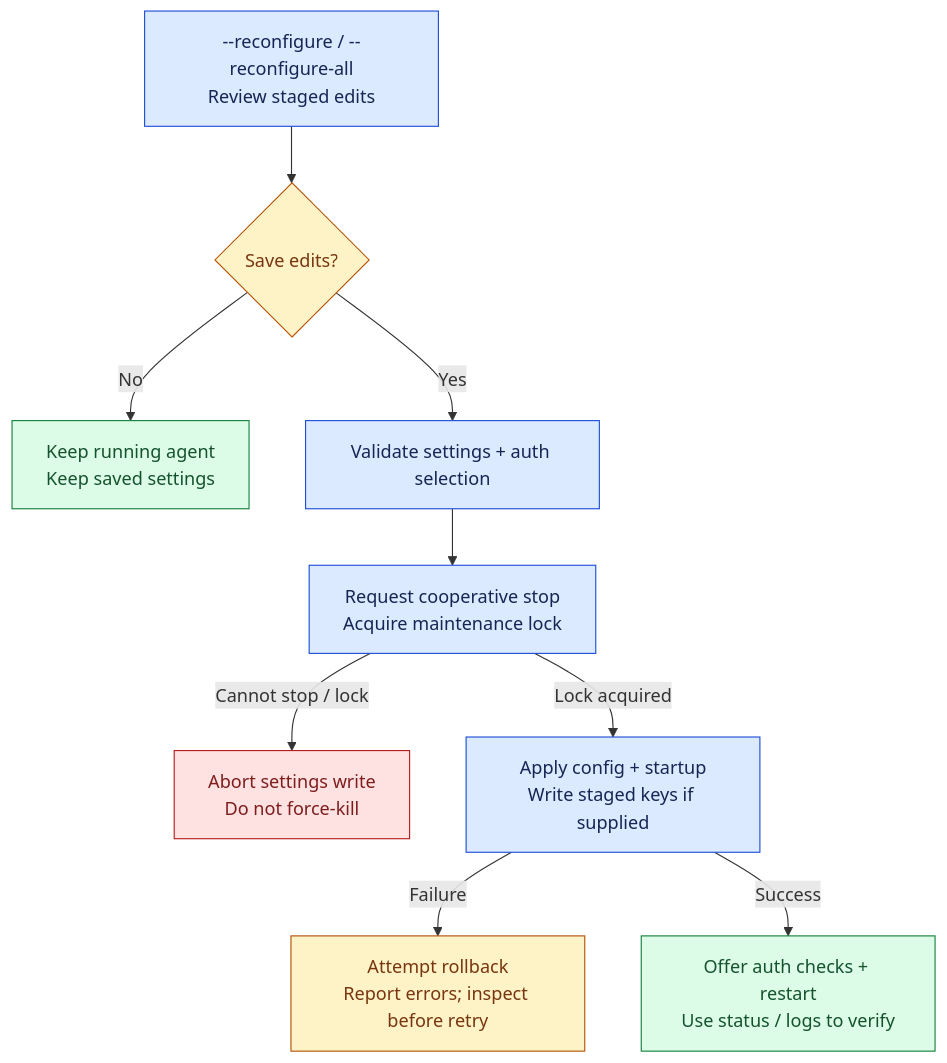
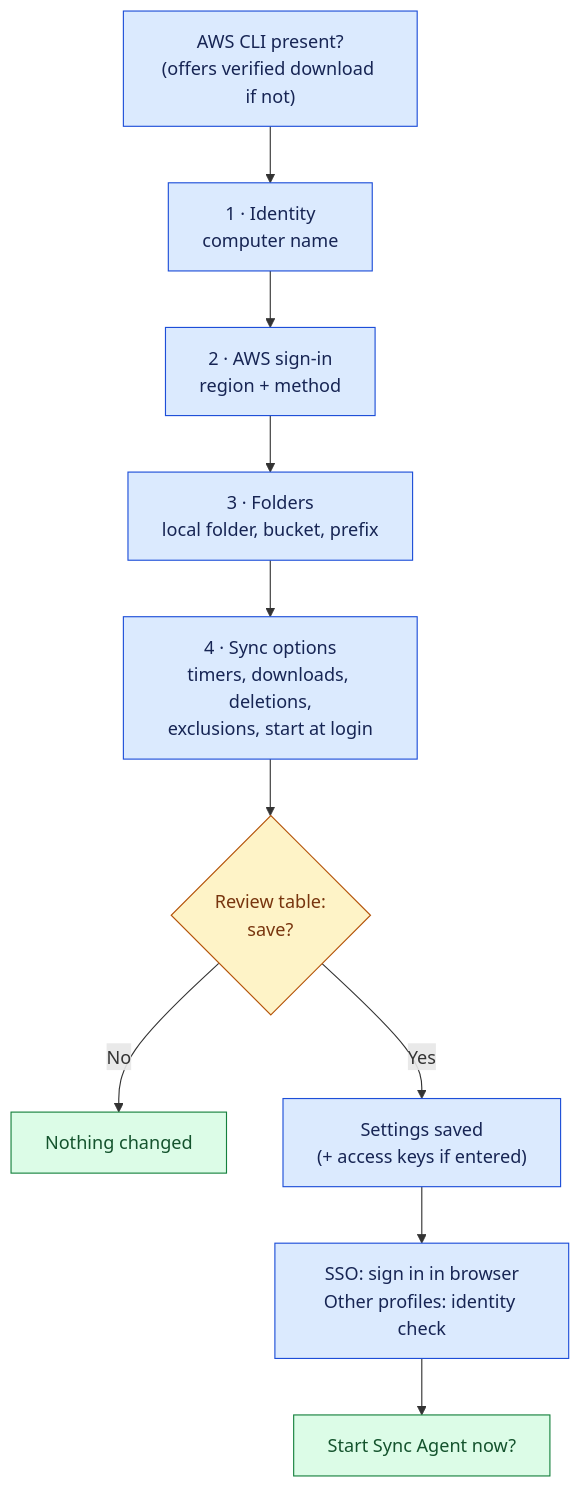
One commit to Abdelkoddous0/sync_agent changed the second of 4 diagrams in README.md. Above: the diagram before and after it, drawn with Mermaid. The commit also changed other lines of this file and 21 other files, not shown here.

First line of the commit message:
Add complete documentation with flowcharts and screenshots

````diff
--- a/README.md
+++ b/README.md
@@ -251,21 +92,20 @@
 ```mermaid
-flowchart TB
-    accTitle: Safe reconfiguration flow
-    accDescr: Review edits before confirmation. Cancel leaves the agent running. Saving requires cooperative stop and a maintenance lock, then applies changes with rollback on failure and offers restart only after success.
-    Edit["--reconfigure / --reconfigure-all<br/>Review staged edits"] --> Confirm{"Save edits?"}
-    Confirm -->|"No"| Cancel["Keep running agent<br/>Keep saved settings"]
-    Confirm -->|"Yes"| Validate["Validate settings + auth selection"]
-    Validate --> Stop["Request cooperative stop<br/>Acquire maintenance lock"]
-    Stop -->|"Cannot stop / lock"| Abort["Abort settings write<br/>Do not force-kill"]
-    Stop -->|"Lock acquired"| Apply["Apply config + startup<br/>Write staged keys if supplied"]
-    Apply -->|"Failure"| Rollback["Attempt rollback<br/>Report errors; inspect before retry"]
-    Apply -->|"Success"| Restart["Offer auth checks + restart<br/>Use status / logs to verify"]
-    classDef process fill:#dbeafe,stroke:#1d4ed8,color:#172554
-    classDef decision fill:#fef3c7,stroke:#b45309,color:#78350f
-    classDef stop fill:#fee2e2,stroke:#b91c1c,color:#7f1d1d
+flowchart TD
+    accTitle: Setup wizard steps
+    accDescr: AWS CLI check, then identity, AWS sign-in, folders, sync options, a review table and confirmation, then optional SSO sign-in or identity check, and start.
+    CLI["AWS CLI present?<br/>(offers verified download if not)"] --> S1["1 · Identity<br/>computer name"]
+    S1 --> S2["2 · AWS sign-in<br/>region + method"]
+    S2 --> S3["3 · Folders<br/>local folder, bucket, prefix"]
+    S3 --> S4["4 · Sync options<br/>timers, downloads, deletions,<br/>exclusions, start at login"]
+    S4 --> R{"Review table:<br/>save?"}
+    R -->|"No"| X["Nothing changed"]
+    R -->|"Yes"| Save["Settings saved<br/>(+ access keys if entered)"]
+    Save --> Auth["SSO: sign in in browser<br/>Other profiles: identity check"]
+    Auth --> Go["Start Sync Agent now?"]
+    classDef work fill:#dbeafe,stroke:#1d4ed8,color:#172554
+    classDef decide fill:#fef3c7,stroke:#b45309,color:#78350f
     classDef done fill:#dcfce7,stroke:#15803d,color:#14532d
-    class Edit,Validate,Stop,Apply process
-    class Confirm,Rollback decision
-    class Abort stop
-    class Cancel,Restart done
+    class CLI,S1,S2,S3,S4,Save,Auth work
+    class R decide
+    class X,Go done
 ```
````
